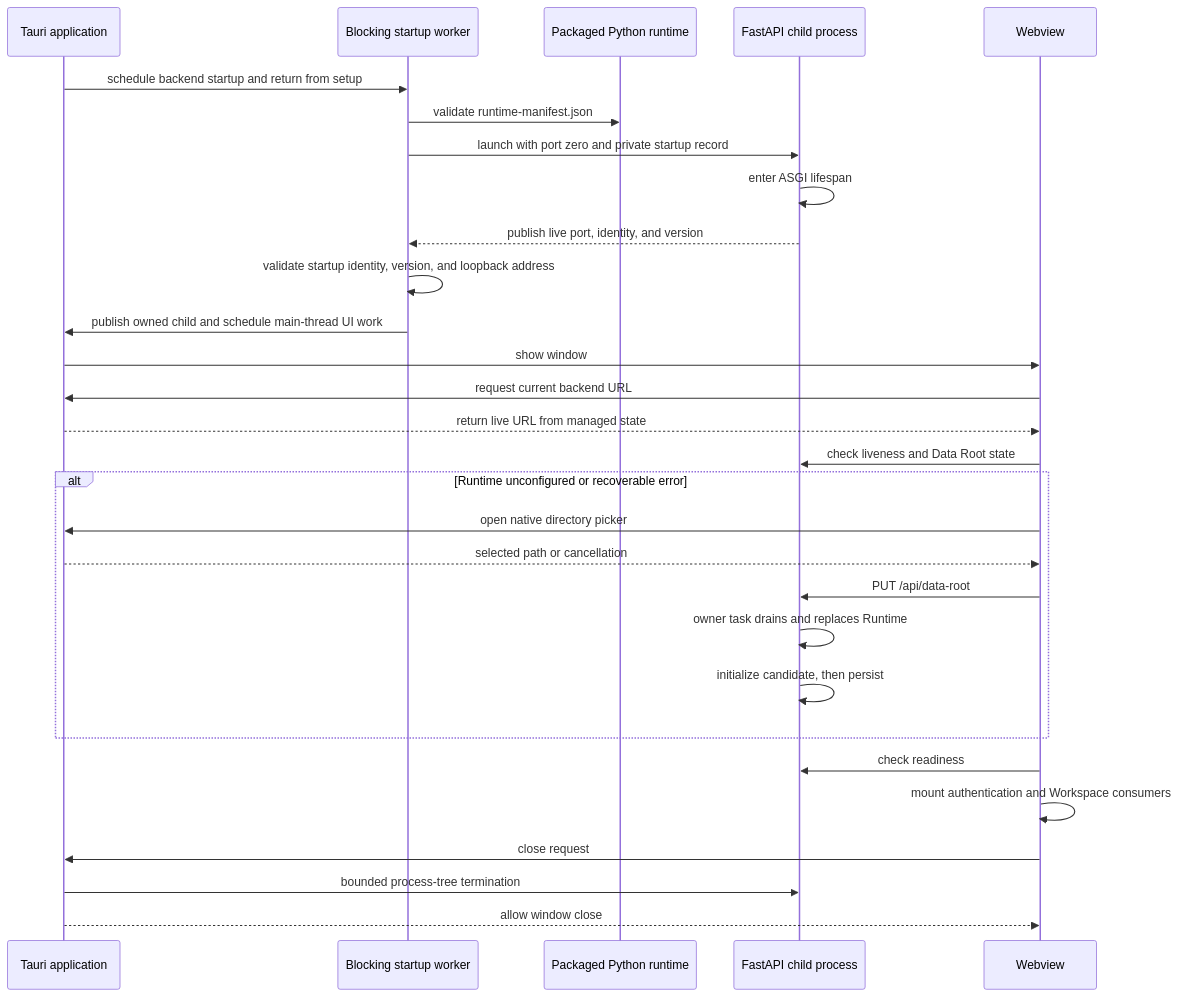
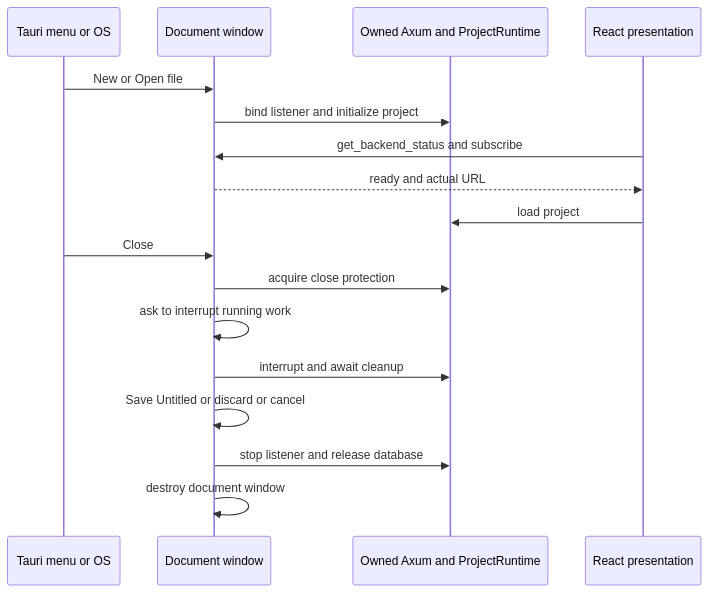
One commit to Australian-Text-Analytics-Platform/ldaca-wordflow changed the first of 2 diagrams in docs/architecture/frontend/desktop.md. Above: the diagram before and after it, drawn with Mermaid. The commit also changed other lines of this file and 2241 other files, not shown here.

Commit message:
chore: prepare native Wordflow 8.0.0 release

````diff
--- a/docs/architecture/frontend/desktop.md
+++ b/docs/architecture/frontend/desktop.md
@@ -32,32 +17,19 @@
 ```mermaid
 sequenceDiagram
-    participant App as Tauri application
-    participant Worker as Blocking startup worker
-    participant Runtime as Packaged Python runtime
-    participant Backend as FastAPI child process
-    participant Webview
-
-    App->>Worker: schedule backend startup and return from setup
-    Worker->>Runtime: validate runtime-manifest.json
-    Worker->>Backend: launch with port zero and private startup record
-    Backend->>Backend: enter ASGI lifespan
-    Backend-->>Worker: publish live port, identity, and version
-    Worker->>Worker: validate startup identity, version, and loopback address
-    Worker->>App: publish owned child and schedule main-thread UI work
-    App->>Webview: show window
-    Webview->>App: request current backend URL
-    App-->>Webview: return live URL from managed state
-    Webview->>Backend: check liveness and Data Root state
-    alt Runtime unconfigured or recoverable error
-    Webview->>App: open native directory picker
-    App-->>Webview: selected path or cancellation
-    Webview->>Backend: PUT /api/data-root
-    Backend->>Backend: owner task drains and replaces Runtime
-    Backend->>Backend: initialize candidate, then persist
-    end
-    Webview->>Backend: check readiness
-    Webview->>Webview: mount authentication and Workspace consumers
-    Webview->>App: close request
-    App->>Backend: bounded process-tree termination
-    App-->>Webview: allow window close
+    participant Menu as Tauri menu or OS
+    participant Window as Document window
+    participant Backend as Owned Axum and ProjectRuntime
+    participant UI as React presentation
+    Menu->>Window: New or Open file
+    Window->>Backend: bind listener and initialize project
+    UI->>Window: get_backend_status and subscribe
+    Window-->>UI: ready and actual URL
+    UI->>Backend: load project
+    Menu->>Window: Close
+    Window->>Backend: acquire close protection
+    Window->>Window: ask to interrupt running work
+    Window->>Backend: interrupt and await cleanup
+    Window->>Window: Save Untitled or discard or cancel
+    Window->>Backend: stop listener and release database
+    Window->>Window: destroy document window
 ```
````
